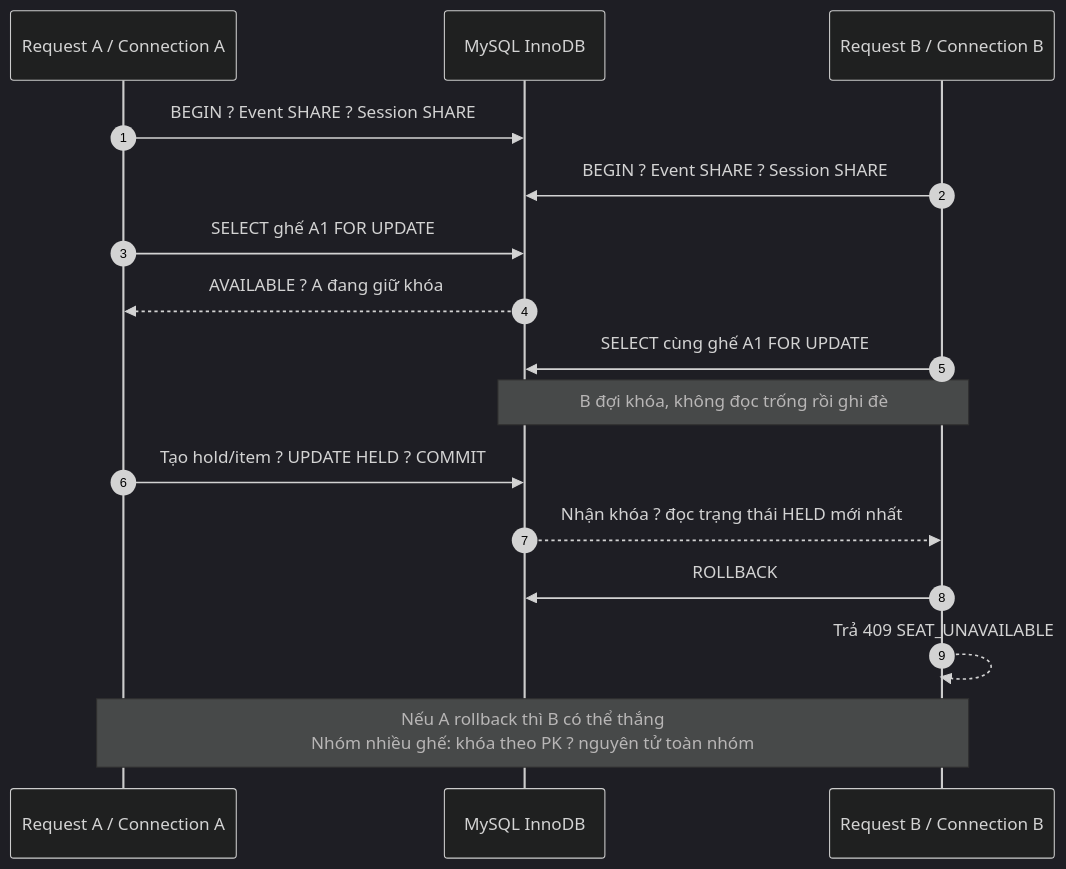
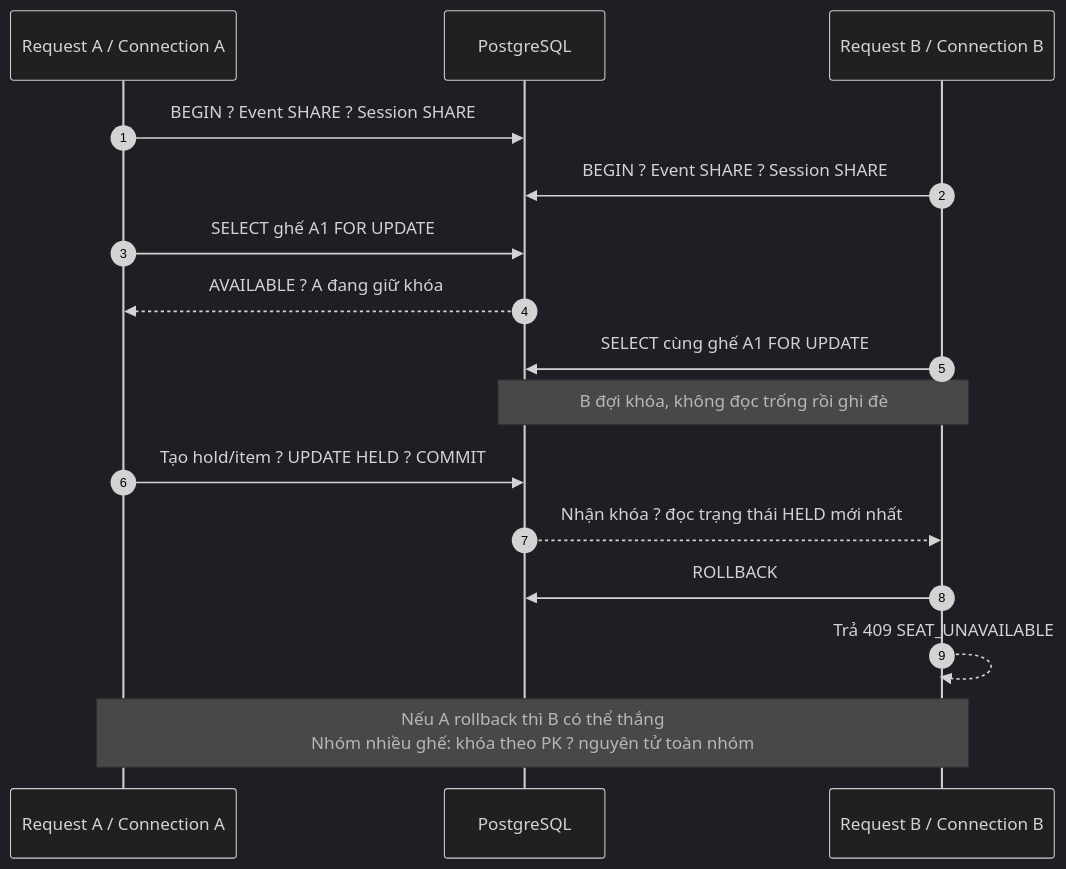
One commit to TienTrn05/Event_booking_ticket changed the diagram in Docs/diagrams/10-seat-race.mmd. Above: the diagram before and after it, drawn with Mermaid (dark theme). The commit also changed 180 other files, not shown here.

```diff
--- a/Docs/diagrams/10-seat-race.mmd
+++ b/Docs/diagrams/10-seat-race.mmd
@@ -1,16 +1,16 @@
 sequenceDiagram
     autonumber
     participant A as Request A / Connection A
-    participant DB as MySQL InnoDB
+    participant DB as PostgreSQL
     participant B as Request B / Connection B
     A->>DB: BEGIN ? Event SHARE ? Session SHARE
     B->>DB: BEGIN ? Event SHARE ? Session SHARE
     A->>DB: SELECT ghế A1 FOR UPDATE
     DB-->>A: AVAILABLE ? A đang giữ khóa
     B->>DB: SELECT cùng ghế A1 FOR UPDATE
     Note over B,DB: B đợi khóa, không đọc trống rồi ghi đè
     A->>DB: Tạo hold/item ? UPDATE HELD ? COMMIT
     DB-->>B: Nhận khóa ? đọc trạng thái HELD mới nhất
     B->>DB: ROLLBACK
     B-->>B: Trả 409 SEAT_UNAVAILABLE
     Note over A,B: Nếu A rollback thì B có thể thắng<br/>Nhóm nhiều ghế: khóa theo PK ? nguyên tử toàn nhóm
```
